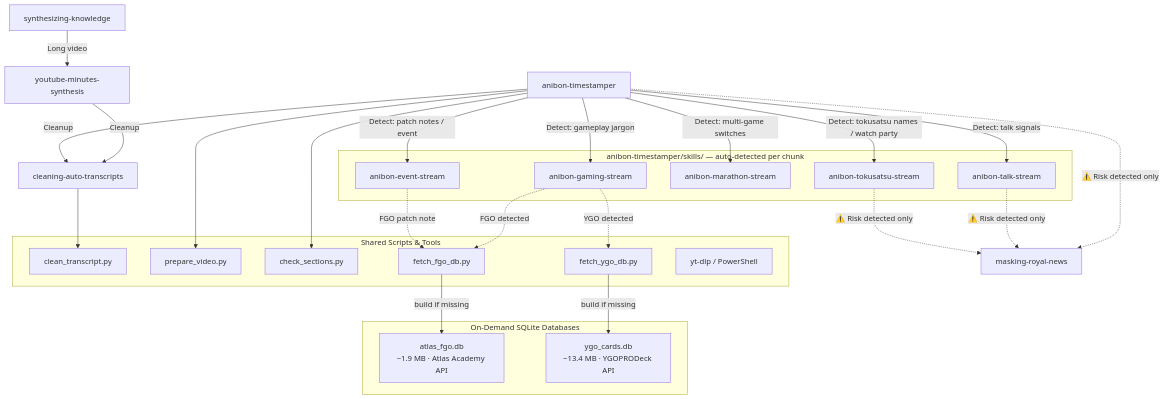
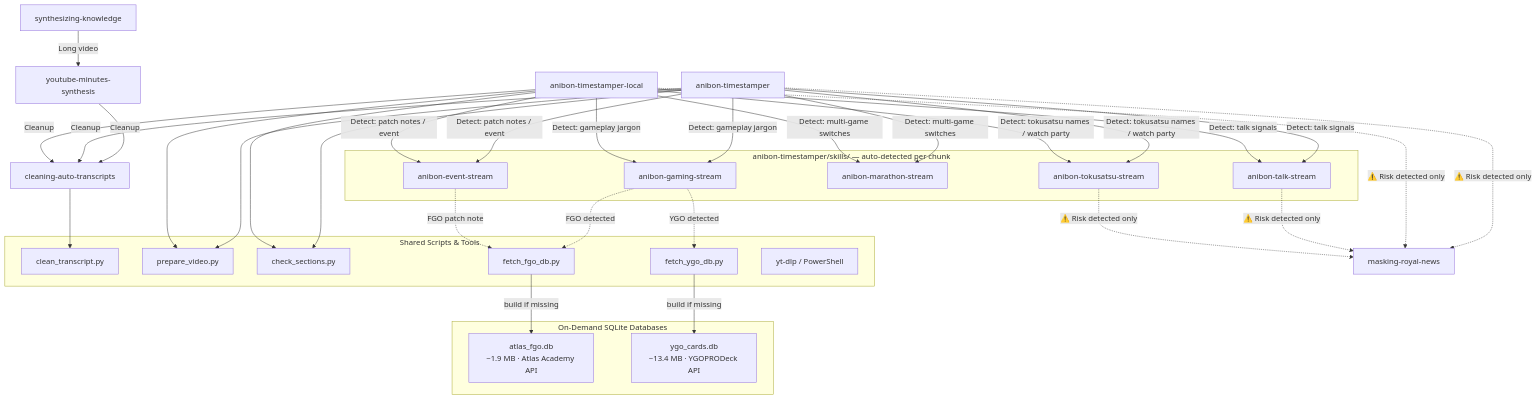
One commit to ZenitHTH/anibon-stream-synthesis changed the diagram in README.md. Above: the diagram before and after it, drawn with Mermaid. The commit also changed other lines of this file, not shown here.

Commit message:
Update README.md with the new anibon-timestamper-local skill and update the dependency graph

````diff
--- a/README.md
+++ b/README.md
@@ -103,45 +104,56 @@
 ```mermaid
 graph TD
     SK[synthesizing-knowledge] -->|Long video| YMS[youtube-minutes-synthesis]
     YMS -->|Cleanup| CAT[cleaning-auto-transcripts]
     AT[anibon-timestamper] -->|Cleanup| CAT
+    ATL[anibon-timestamper-local] -->|Cleanup| CAT
     AT -.->|"⚠️ Risk detected only"| MRN[masking-royal-news]
+    ATL -.->|"⚠️ Risk detected only"| MRN
 
     subgraph "anibon-timestamper/skills/ — auto-detected per chunk"
         TS[anibon-talk-stream]
         GS[anibon-gaming-stream]
         MS[anibon-marathon-stream]
         ES[anibon-event-stream]
         TK[anibon-tokusatsu-stream]
     end
 
     AT -->|Detect: talk signals| TS
     AT -->|Detect: gameplay jargon| GS
     AT -->|Detect: multi-game switches| MS
     AT -->|Detect: patch notes / event| ES
     AT -->|Detect: tokusatsu names / watch party| TK
+    
+    ATL -->|Detect: talk signals| TS
+    ATL -->|Detect: gameplay jargon| GS
+    ATL -->|Detect: multi-game switches| MS
+    ATL -->|Detect: patch notes / event| ES
+    ATL -->|Detect: tokusatsu names / watch party| TK
+    
     TS -.->|"⚠️ Risk detected only"| MRN
     TK -.->|"⚠️ Risk detected only"| MRN
 
     subgraph "Shared Scripts & Tools"
         CT[clean_transcript.py]
         PV[prepare_video.py]
         CS[check_sections.py]
         FGO[fetch_fgo_db.py]
         YGO[fetch_ygo_db.py]
         Native[yt-dlp / PowerShell]
     end
     CAT --> CT
     AT --> PV
+    ATL --> PV
     AT --> CS
+    ATL --> CS
 
     subgraph "On-Demand SQLite Databases"
         FGODB["atlas_fgo.db\n~1.9 MB · Atlas Academy API"]
         YGODB["ygo_cards.db\n~13.4 MB · YGOPRODeck API"]
     end
     FGO -->|"build if missing"| FGODB
     YGO -->|"build if missing"| YGODB
     GS -.->|"FGO detected"| FGO
     GS -.->|"YGO detected"| YGO
     ES -.->|"FGO patch note"| FGO
 ```
````
